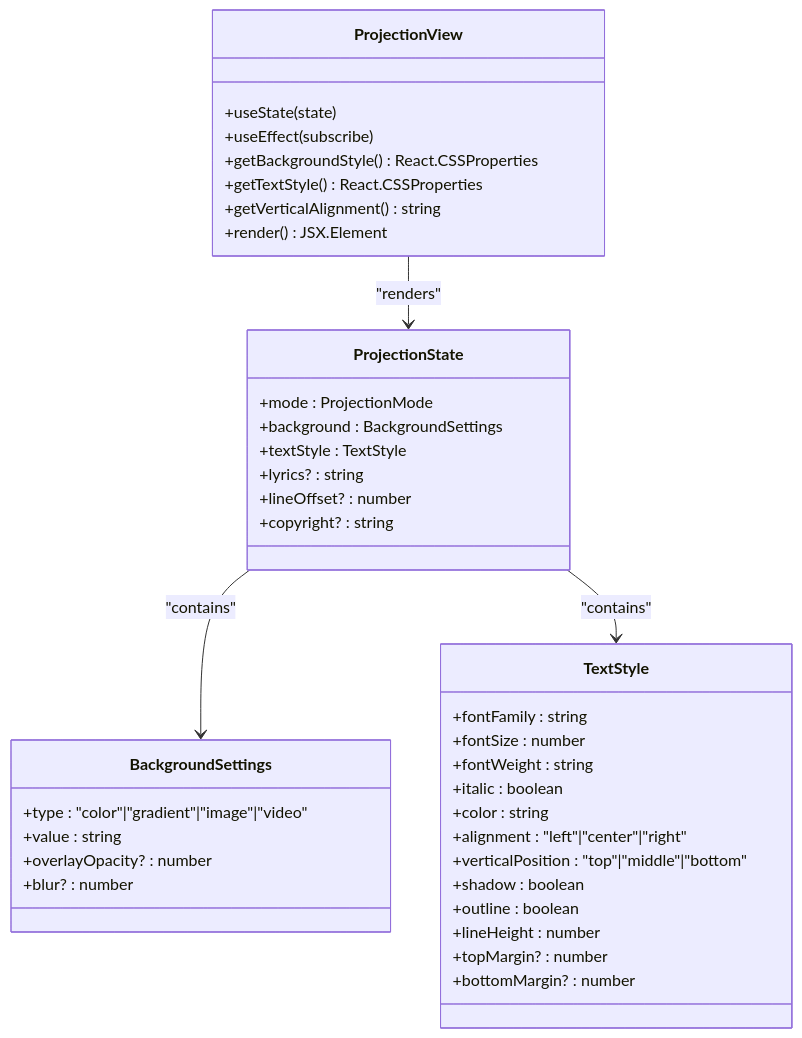
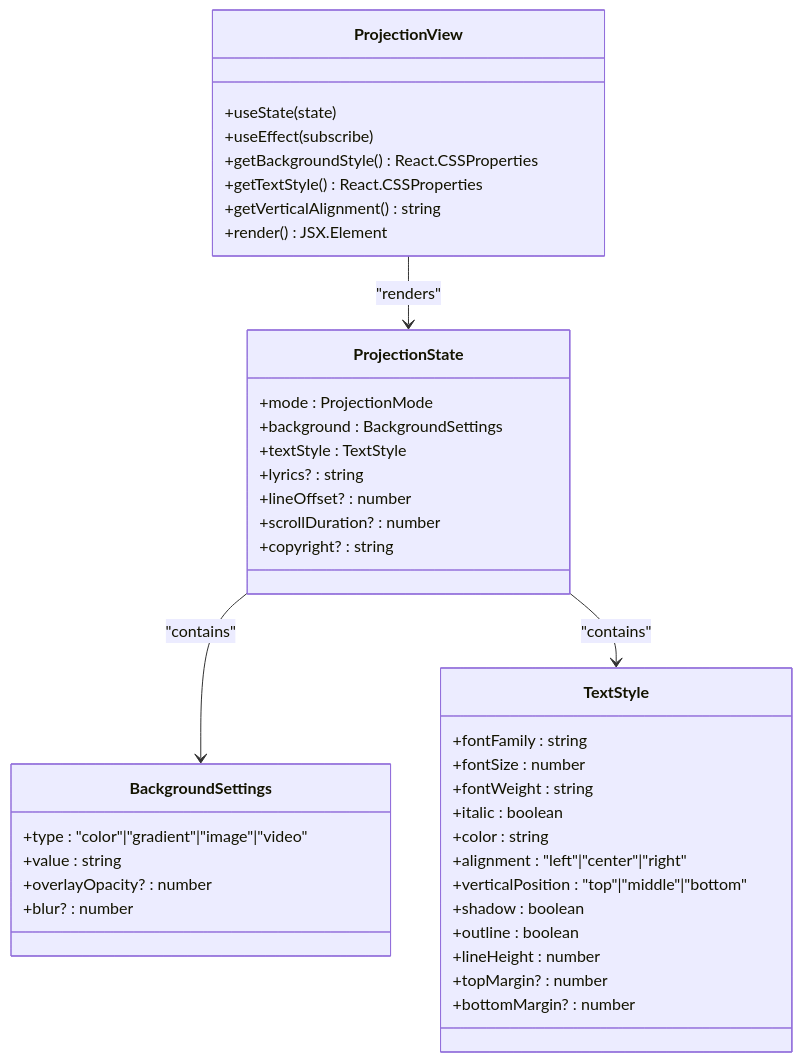
One commit to jimmywyk/lyricdeck changed the third of 12 diagrams in .qoder/repowiki/en/content/User Interface Components/Projection View Component.md. Above: the diagram before and after it, drawn with Mermaid. The commit also changed other lines of this file and 8 other files, not shown here.

````diff
--- a/.qoder/repowiki/en/content/User Interface Components/Projection View Component.md
+++ b/.qoder/repowiki/en/content/User Interface Components/Projection View Component.md
@@ -172,42 +174,43 @@
 ```mermaid
 classDiagram
 class ProjectionView {
 +useState(state)
 +useEffect(subscribe)
 +getBackgroundStyle() React.CSSProperties
 +getTextStyle() React.CSSProperties
 +getVerticalAlignment() string
 +render() JSX.Element
 }
 class ProjectionState {
 +mode : ProjectionMode
 +background : BackgroundSettings
 +textStyle : TextStyle
 +lyrics? : string
 +lineOffset? : number
++scrollDuration? : number
 +copyright? : string
 }
 class BackgroundSettings {
 +type : "color"|"gradient"|"image"|"video"
 +value : string
 +overlayOpacity? : number
 +blur? : number
 }
 class TextStyle {
 +fontFamily : string
 +fontSize : number
 +fontWeight : string
 +italic : boolean
 +color : string
 +alignment : "left"|"center"|"right"
 +verticalPosition : "top"|"middle"|"bottom"
 +shadow : boolean
 +outline : boolean
 +lineHeight : number
 +topMargin? : number
 +bottomMargin? : number
 }
 ProjectionView --> ProjectionState : "renders"
 ProjectionState --> BackgroundSettings : "contains"
 ProjectionState --> TextStyle : "contains"
 ```
````
